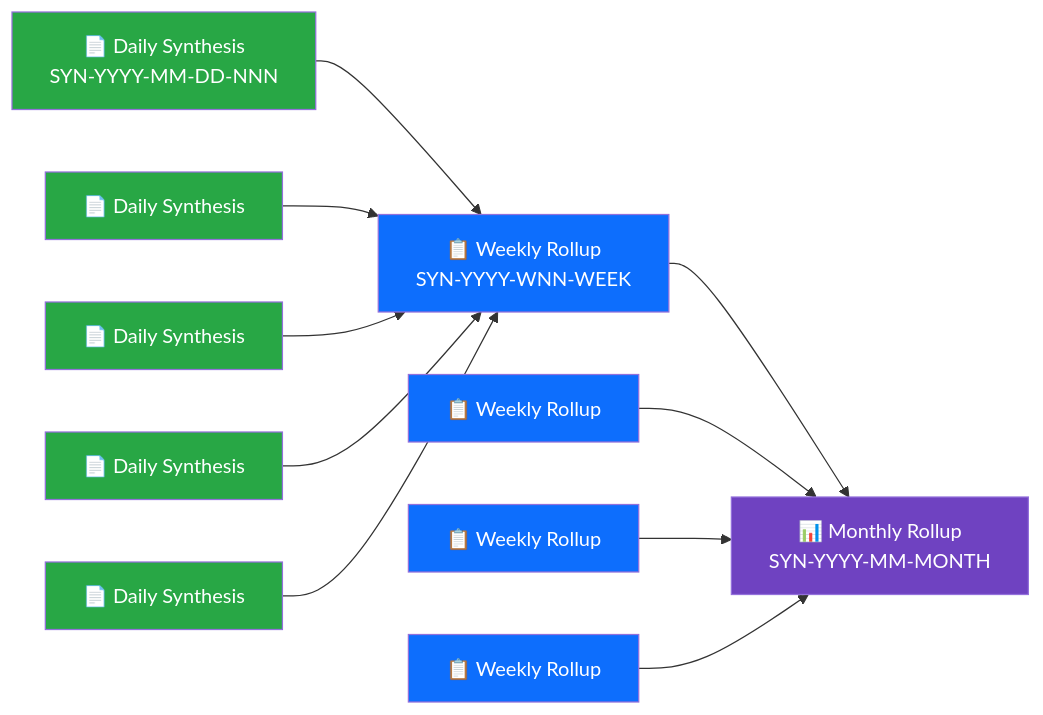
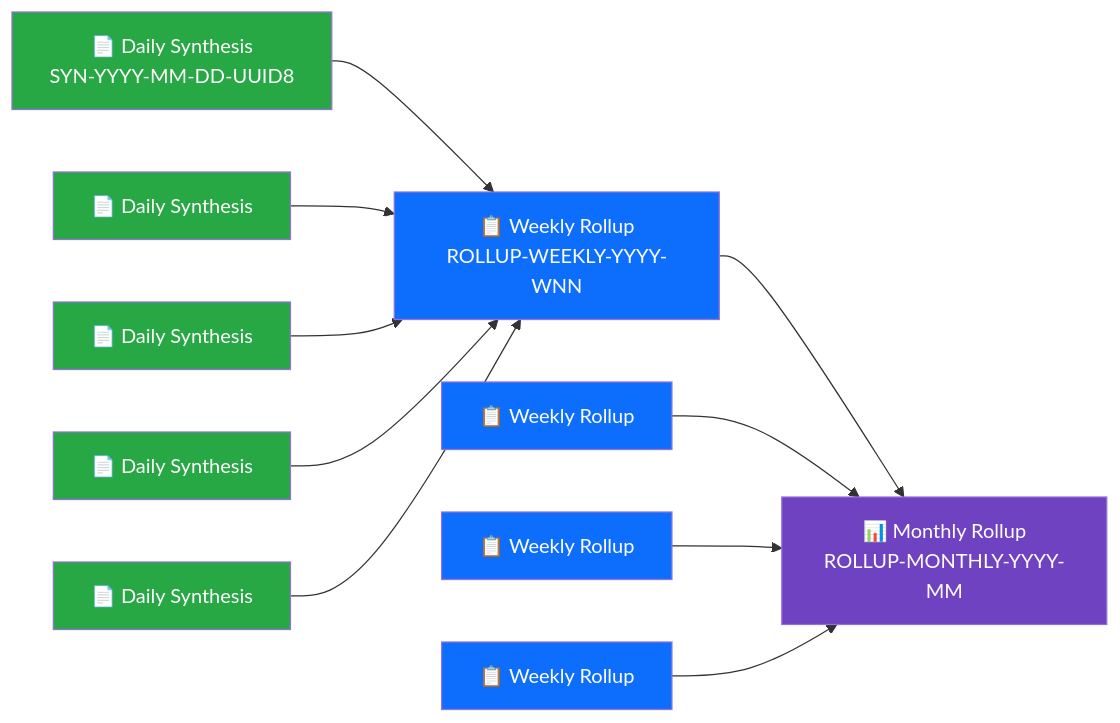
The third of 3 diagrams in analysis/templates/synthesis-summary.md (Hack23/euparliamentmonitor), drawn with Mermaid before and after one commit. The commit also changed other lines of this file and 3 other files, not shown here.

````diff
--- a/analysis/templates/synthesis-summary.md
+++ b/analysis/templates/synthesis-summary.md
@@ -233,23 +233,23 @@
 ```mermaid
 flowchart LR
-    D1["📄 Daily Synthesis<br/>SYN-YYYY-MM-DD-NNN"] --> W["📋 Weekly Rollup<br/>SYN-YYYY-WNN-WEEK"]
+    D1["📄 Daily Synthesis<br/>SYN-YYYY-MM-DD-UUID8"] --> W["📋 Weekly Rollup<br/>ROLLUP-WEEKLY-YYYY-WNN"]
     D2["📄 Daily Synthesis"] --> W
     D3["📄 Daily Synthesis"] --> W
     D4["📄 Daily Synthesis"] --> W
     D5["📄 Daily Synthesis"] --> W
-    W --> M["📊 Monthly Rollup<br/>SYN-YYYY-MM-MONTH"]
+    W --> M["📊 Monthly Rollup<br/>ROLLUP-MONTHLY-YYYY-MM"]
     W2["📋 Weekly Rollup"] --> M
     W3["📋 Weekly Rollup"] --> M
     W4["📋 Weekly Rollup"] --> M
 
     style D1 fill:#28a745,color:#fff
     style D2 fill:#28a745,color:#fff
     style D3 fill:#28a745,color:#fff
     style D4 fill:#28a745,color:#fff
     style D5 fill:#28a745,color:#fff
     style W fill:#0d6efd,color:#fff
     style W2 fill:#0d6efd,color:#fff
     style W3 fill:#0d6efd,color:#fff
     style W4 fill:#0d6efd,color:#fff
     style M fill:#6f42c1,color:#fff
 ```
````
